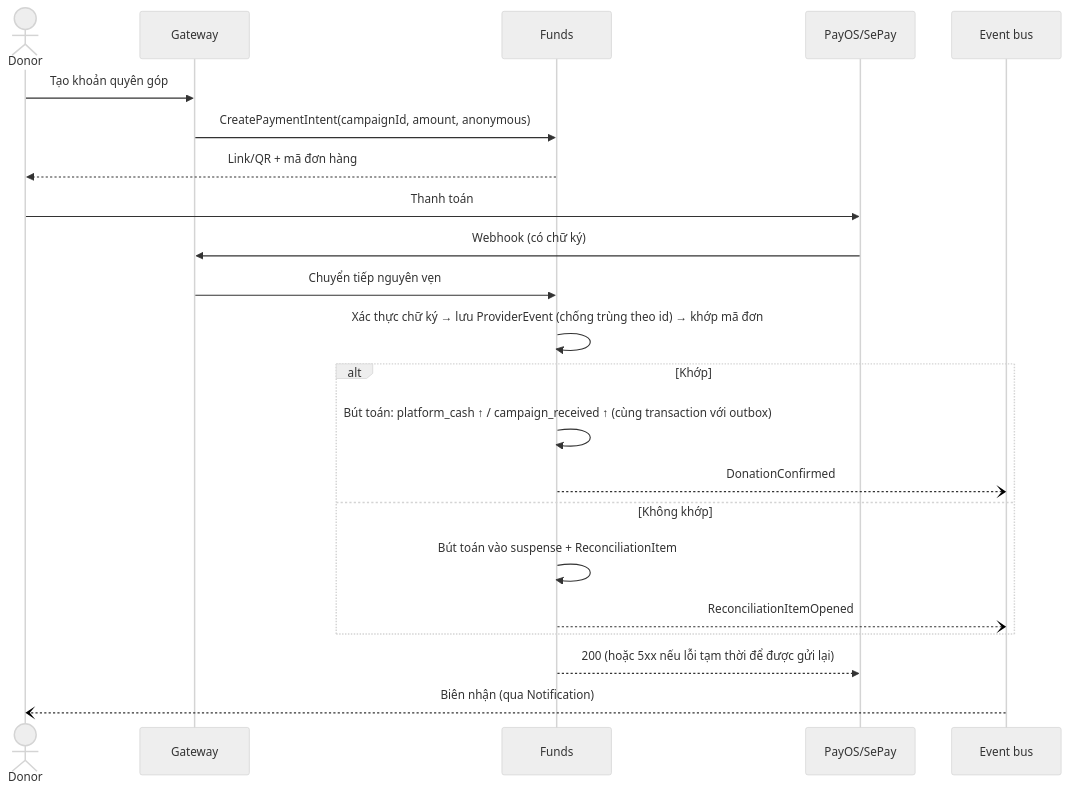
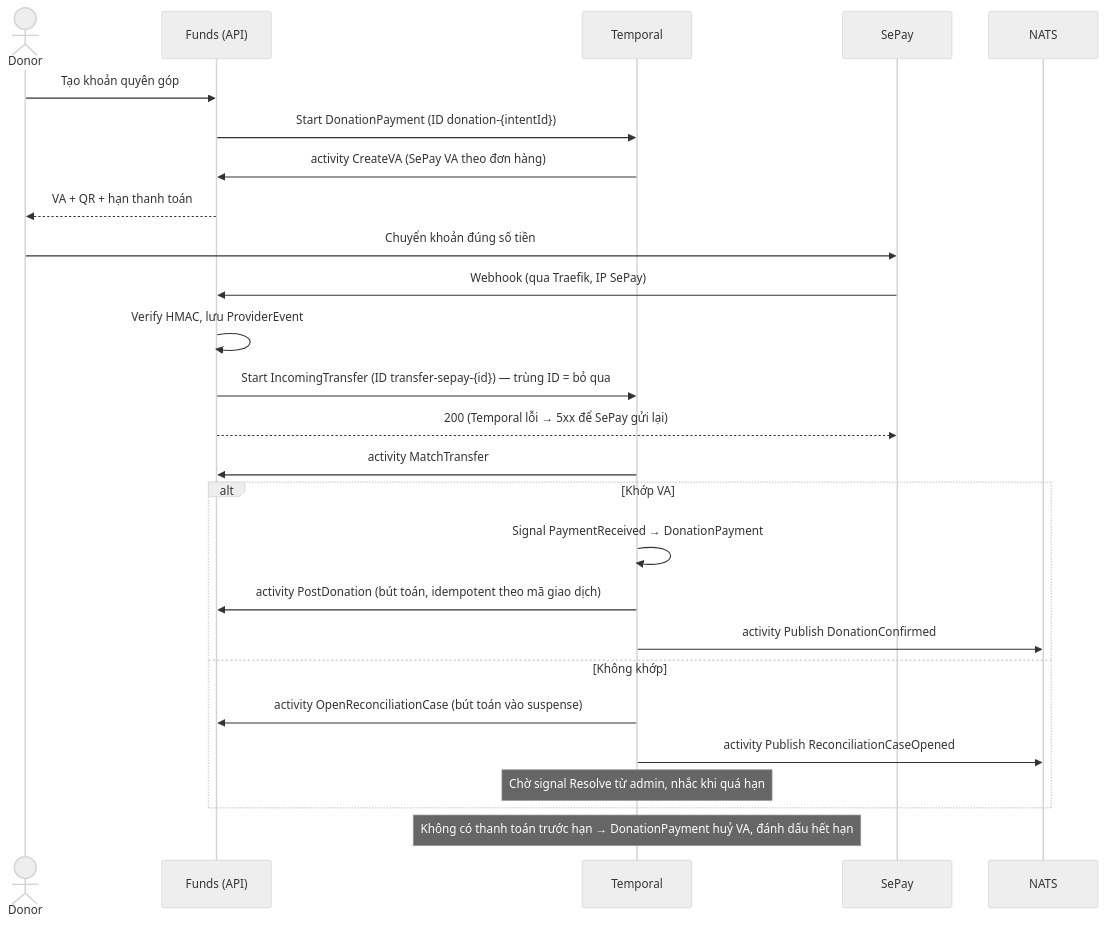
One commit to phuoctmse/FoodFund-Microservices changed the second of 4 diagrams in docs/rewrite/02-decomposition.md. Above: the diagram before and after it, drawn with Mermaid (neutral theme). The commit also changed other lines of this file, not shown here.

First line of the commit message:
docs(rewrite): rewrite decomposition v1.1 around Temporal orchestration

````diff
--- a/docs/rewrite/02-decomposition.md
+++ b/docs/rewrite/02-decomposition.md
@@ -127,24 +165,28 @@
 ```mermaid
 sequenceDiagram
     actor D as Donor
-    participant GW as Gateway
-    participant F as Funds
-    participant P as PayOS/SePay
-    participant BUS as Event bus
-    D->>GW: Tạo khoản quyên góp
-    GW->>F: CreatePaymentIntent(campaignId, amount, anonymous)
-    F-->>D: Link/QR + mã đơn hàng
-    D->>P: Thanh toán
-    P->>GW: Webhook (có chữ ký)
-    GW->>F: Chuyển tiếp nguyên vẹn
-    F->>F: Xác thực chữ ký → lưu ProviderEvent (chống trùng theo id) → khớp mã đơn
-    alt Khớp
-        F->>F: Bút toán: platform_cash ↑ / campaign_received ↑ (cùng transaction với outbox)
-        F--)BUS: DonationConfirmed
+    participant F as Funds (API)
+    participant T as Temporal
+    participant P as SePay
+    participant N as NATS
+    D->>F: Tạo khoản quyên góp
+    F->>T: Start DonationPayment (ID donation-{intentId})
+    T->>F: activity CreateVA (SePay VA theo đơn hàng)
+    F-->>D: VA + QR + hạn thanh toán
+    D->>P: Chuyển khoản đúng số tiền
+    P->>F: Webhook (qua Traefik, IP SePay)
+    F->>F: Verify HMAC, lưu ProviderEvent
+    F->>T: Start IncomingTransfer (ID transfer-sepay-{id}) — trùng ID = bỏ qua
+    F-->>P: 200 (Temporal lỗi → 5xx để SePay gửi lại)
+    T->>F: activity MatchTransfer
+    alt Khớp VA
+        T->>T: Signal PaymentReceived → DonationPayment
+        T->>F: activity PostDonation (bút toán, idempotent theo mã giao dịch)
+        T->>N: activity Publish DonationConfirmed
     else Không khớp
-        F->>F: Bút toán vào suspense + ReconciliationItem
-        F--)BUS: ReconciliationItemOpened
+        T->>F: activity OpenReconciliationCase (bút toán vào suspense)
+        T->>N: activity Publish ReconciliationCaseOpened
+        Note over T: Chờ signal Resolve từ admin, nhắc khi quá hạn
     end
-    F-->>P: 200 (hoặc 5xx nếu lỗi tạm thời để được gửi lại)
-    BUS--)D: Biên nhận (qua Notification)
+    Note over T: Không có thanh toán trước hạn → DonationPayment huỷ VA, đánh dấu hết hạn
 ```
````
